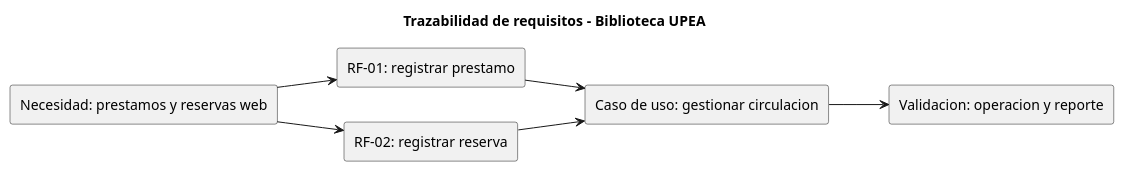
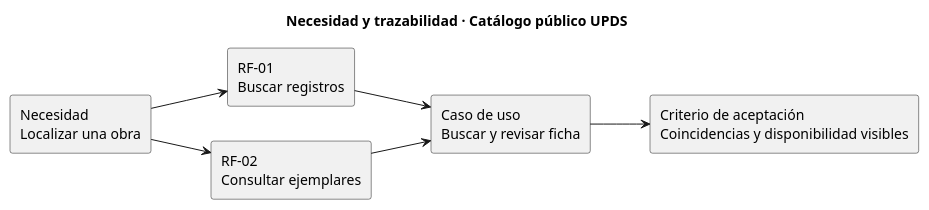
One commit to erickbravob/sistemas-informacion-i changed the diagram in assets/actividad-1/diagramas/caso-real-01-requisitos.puml. Above: the diagram before and after it, drawn with PlantUML. The commit also changed 20 other files, not shown here.

Commit message:
Actualiza evidencia bibliográfica y caso UPDS

```diff
--- a/assets/actividad-1/diagramas/caso-real-01-requisitos.puml
+++ b/assets/actividad-1/diagramas/caso-real-01-requisitos.puml
@@ -1,14 +1,14 @@
 @startuml
-title Trazabilidad de requisitos - Biblioteca UPEA
+title Necesidad y trazabilidad · Catálogo público UPDS
 left to right direction
-rectangle "Necesidad: prestamos y reservas web" as N
-rectangle "RF-01: registrar prestamo" as RF1
-rectangle "RF-02: registrar reserva" as RF2
-rectangle "Caso de uso: gestionar circulacion" as UC
-rectangle "Validacion: operacion y reporte" as V
-N --> RF1
-N --> RF2
-RF1 --> UC
-RF2 --> UC
-UC --> V
+rectangle "Necesidad\nLocalizar una obra" as N
+rectangle "RF-01\nBuscar registros" as R1
+rectangle "RF-02\nConsultar ejemplares" as R2
+rectangle "Caso de uso\nBuscar y revisar ficha" as U
+rectangle "Criterio de aceptación\nCoincidencias y disponibilidad visibles" as T
+N --> R1
+N --> R2
+R1 --> U
+R2 --> U
+U --> T
 @enduml
```
